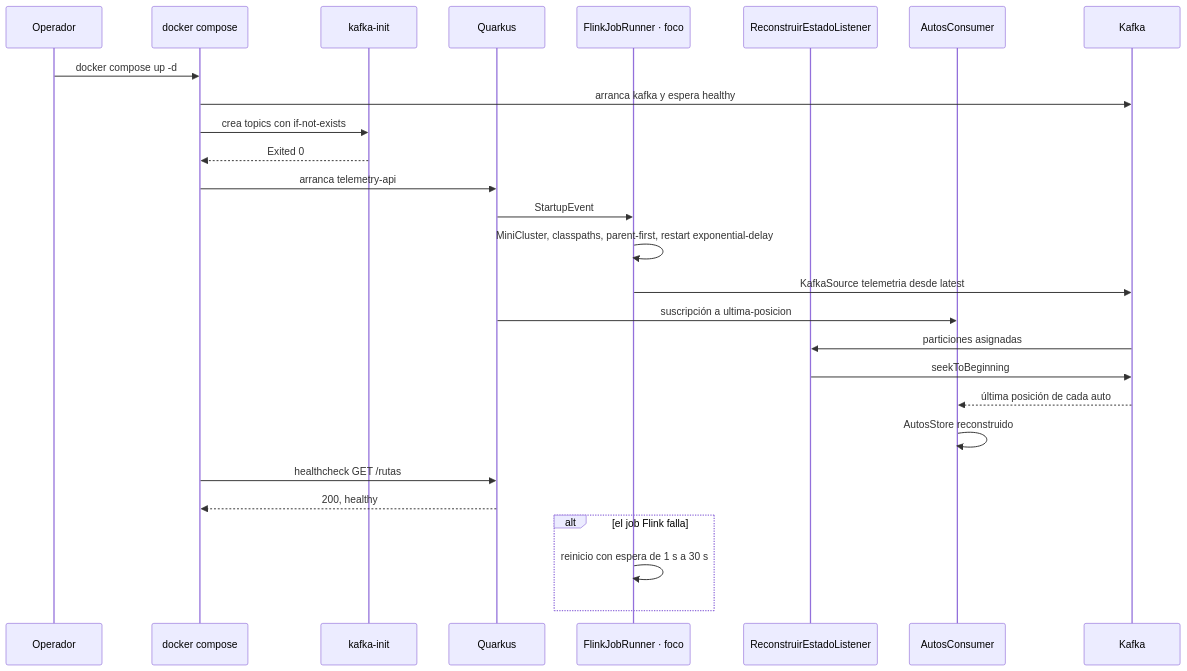
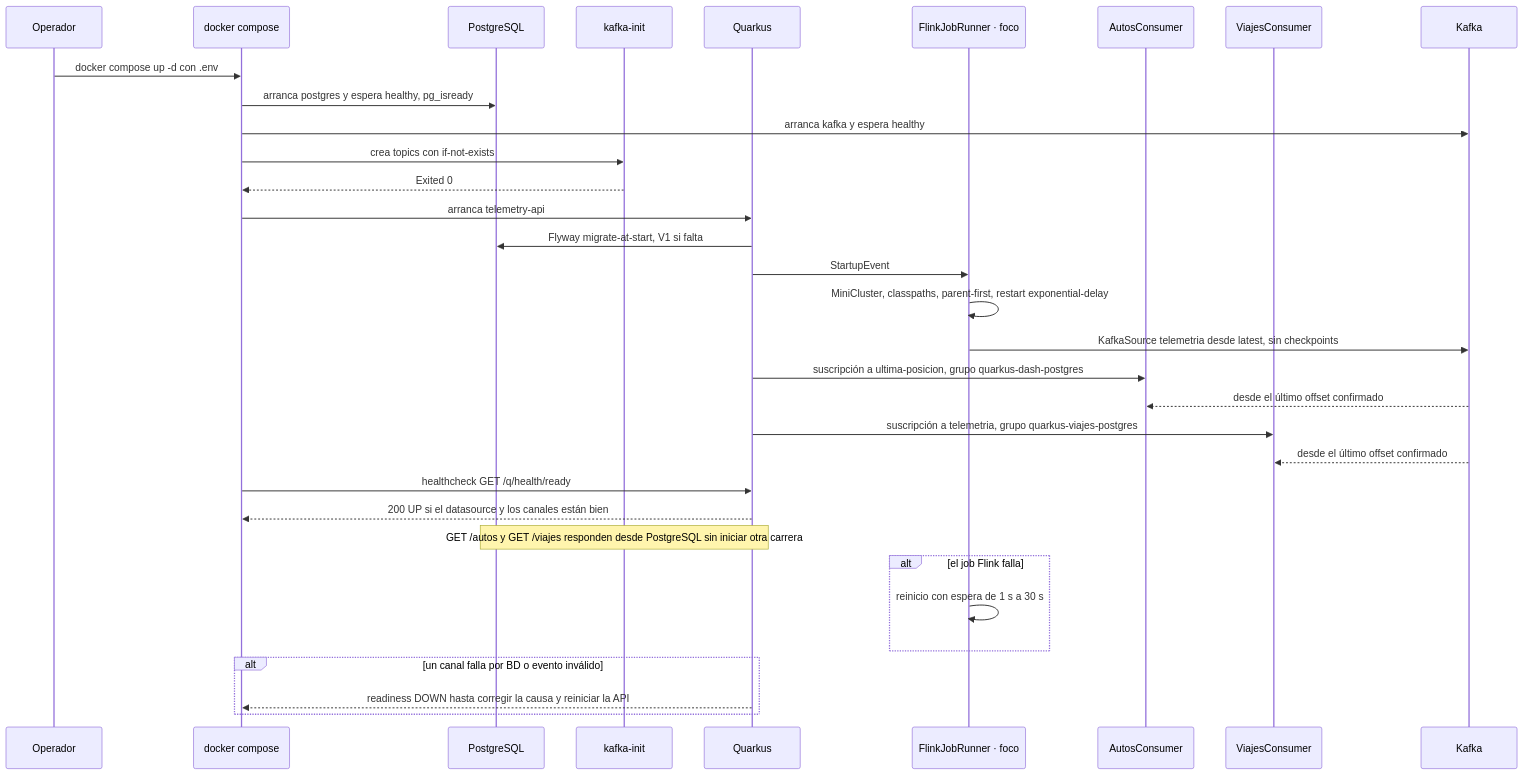
One commit to devbryan02/telemetry-flink-quarkus changed the diagram in docs/c4/diagrams/sequence-arranque.mmd. Above: the diagram before and after it, drawn with Mermaid. The commit also changed 47 other files, not shown here.

```diff
--- a/docs/c4/diagrams/sequence-arranque.mmd
+++ b/docs/c4/diagrams/sequence-arranque.mmd
@@ -1,28 +1,34 @@
 %%{init: {'themeCSS': 'rect.actor{stroke:#616161;stroke-width:2px;} rect.actor[name="FR"]{stroke:#B71C1C !important;stroke-width:4px !important;}'}}%%
 sequenceDiagram
   participant O as Operador
   participant DC as docker compose
+  participant PG as PostgreSQL
   participant KI as kafka-init
   participant Q as Quarkus
   participant FR as FlinkJobRunner · foco
-  participant L as ReconstruirEstadoListener
   participant AC as AutosConsumer
+  participant VC as ViajesConsumer
   participant K as Kafka
-  O->>DC: docker compose up -d
+  O->>DC: docker compose up -d con .env
+  DC->>PG: arranca postgres y espera healthy, pg_isready
   DC->>K: arranca kafka y espera healthy
   DC->>KI: crea topics con if-not-exists
   KI-->>DC: Exited 0
   DC->>Q: arranca telemetry-api
+  Q->>PG: Flyway migrate-at-start, V1 si falta
   Q->>FR: StartupEvent
   FR->>FR: MiniCluster, classpaths, parent-first, restart exponential-delay
-  FR->>K: KafkaSource telemetria desde latest
-  Q->>AC: suscripción a ultima-posicion
-  K->>L: particiones asignadas
-  L->>K: seekToBeginning
-  K-->>AC: última posición de cada auto
-  AC->>AC: AutosStore reconstruido
-  DC->>Q: healthcheck GET /rutas
-  Q-->>DC: 200, healthy
+  FR->>K: KafkaSource telemetria desde latest, sin checkpoints
+  Q->>AC: suscripción a ultima-posicion, grupo quarkus-dash-postgres
+  K-->>AC: desde el último offset confirmado
+  Q->>VC: suscripción a telemetria, grupo quarkus-viajes-postgres
+  K-->>VC: desde el último offset confirmado
+  DC->>Q: healthcheck GET /q/health/ready
+  Q-->>DC: 200 UP si el datasource y los canales están bien
+  Note over Q,PG: GET /autos y GET /viajes responden desde PostgreSQL sin iniciar otra carrera
   alt el job Flink falla
     FR->>FR: reinicio con espera de 1 s a 30 s
   end
+  alt un canal falla por BD o evento inválido
+    Q-->>DC: readiness DOWN hasta corregir la causa y reiniciar la API
+  end
```
